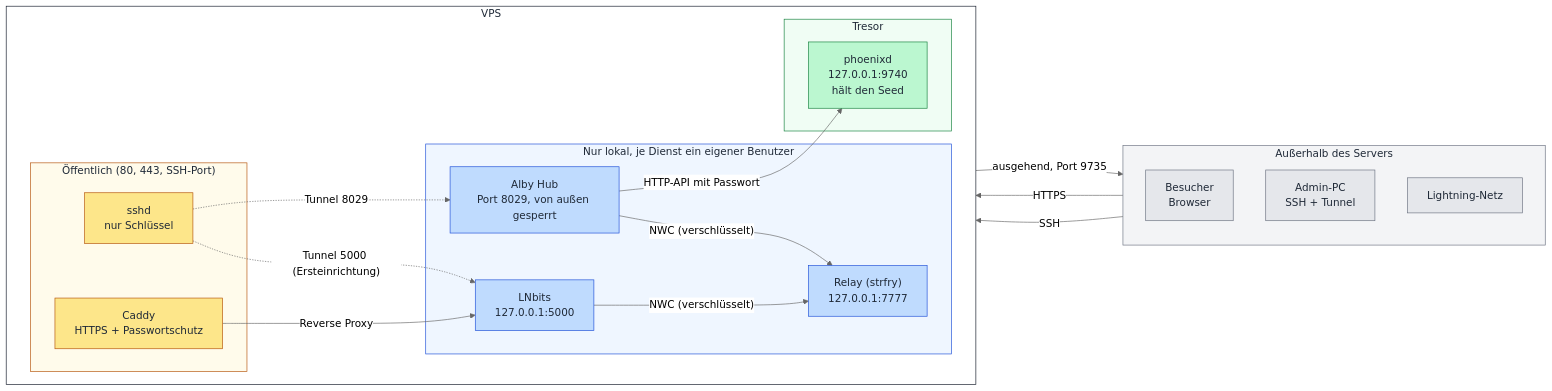
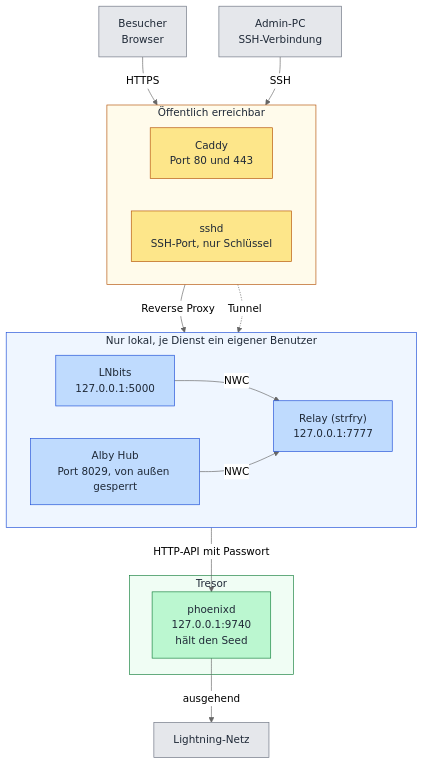
One commit to AxelHamburch/phalnx changed the first of 2 diagrams in src/content/docs/start/overview.md. Above: the diagram before and after it, drawn with Mermaid (neutral theme). The commit also changed 3 other files, not shown here.

Commit message:
Simplify architecture diagram, add click-to-zoom for diagrams

````diff
--- a/src/content/docs/start/overview.md
+++ b/src/content/docs/start/overview.md
@@ -11,49 +11,45 @@
 ```mermaid
-flowchart LR
-  subgraph NET["Außerhalb des Servers"]
-    direction TB
-    V["Besucher<br/>Browser"]
-    A["Admin-PC<br/>SSH + Tunnel"]
-    LN["Lightning-Netz"]
+flowchart TB
+  V["Besucher<br/>Browser"]
+  A["Admin-PC<br/>SSH-Verbindung"]
+
+  subgraph PUB["Öffentlich erreichbar"]
+    direction LR
+    C["Caddy<br/>Port 80 und 443"]
+    S["sshd<br/>SSH-Port, nur Schlüssel"]
   end
 
-  subgraph VPS["VPS"]
+  subgraph INT["Nur lokal, je Dienst ein eigener Benutzer"]
     direction LR
-    subgraph PUB["Öffentlich (80, 443, SSH-Port)"]
-      C["Caddy<br/>HTTPS + Passwortschutz"]
-      S["sshd<br/>nur Schlüssel"]
-    end
-    subgraph INT["Nur lokal, je Dienst ein eigener Benutzer"]
-      L["LNbits<br/>127.0.0.1:5000"]
-      R["Relay (strfry)<br/>127.0.0.1:7777"]
-      H["Alby Hub<br/>Port 8029, von außen gesperrt"]
-    end
-    subgraph SAFE["Tresor"]
-      P["phoenixd<br/>127.0.0.1:9740<br/>hält den Seed"]
-    end
+    L["LNbits<br/>127.0.0.1:5000"]
+    H["Alby Hub<br/>Port 8029, von außen gesperrt"]
+    R["Relay (strfry)<br/>127.0.0.1:7777"]
   end
 
-  V -- "HTTPS" --> C
-  C -- "Reverse Proxy" --> L
-  A -- "SSH" --> S
-  S -. "Tunnel 8029" .-> H
-  S -. "Tunnel 5000 (Ersteinrichtung)" .-> L
-  L -- "NWC (verschlüsselt)" --> R
-  H -- "NWC (verschlüsselt)" --> R
-  H -- "HTTP-API mit Passwort" --> P
-  P -- "ausgehend, Port 9735" --> LN
+  subgraph SAFE["Tresor"]
+    P["phoenixd<br/>127.0.0.1:9740<br/>hält den Seed"]
+  end
+
+  LN["Lightning-Netz"]
+
+  V -->|HTTPS| C
+  A -->|SSH| S
+  C -->|Reverse Proxy| L
+  S -.->|Tunnel| H
+  L -->|NWC| R
+  H -->|NWC| R
+  H -->|HTTP-API mit Passwort| P
+  P -->|ausgehend| LN
 
   classDef public fill:#fde68a,stroke:#b45309,color:#1f2937
   classDef internal fill:#bfdbfe,stroke:#1d4ed8,color:#1f2937
   classDef safe fill:#bbf7d0,stroke:#15803d,color:#1f2937
   classDef outside fill:#e5e7eb,stroke:#6b7280,color:#1f2937
   class C,S public
   class L,R,H internal
   class P safe
   class V,A,LN outside
   style PUB fill:#fffbeb,stroke:#b45309,color:#1f2937
   style INT fill:#eff6ff,stroke:#1d4ed8,color:#1f2937
   style SAFE fill:#f0fdf4,stroke:#15803d,color:#1f2937
-  style NET fill:#f3f4f6,stroke:#6b7280,color:#1f2937
-  style VPS fill:#ffffff,stroke:#111827,color:#1f2937
 ```
````
